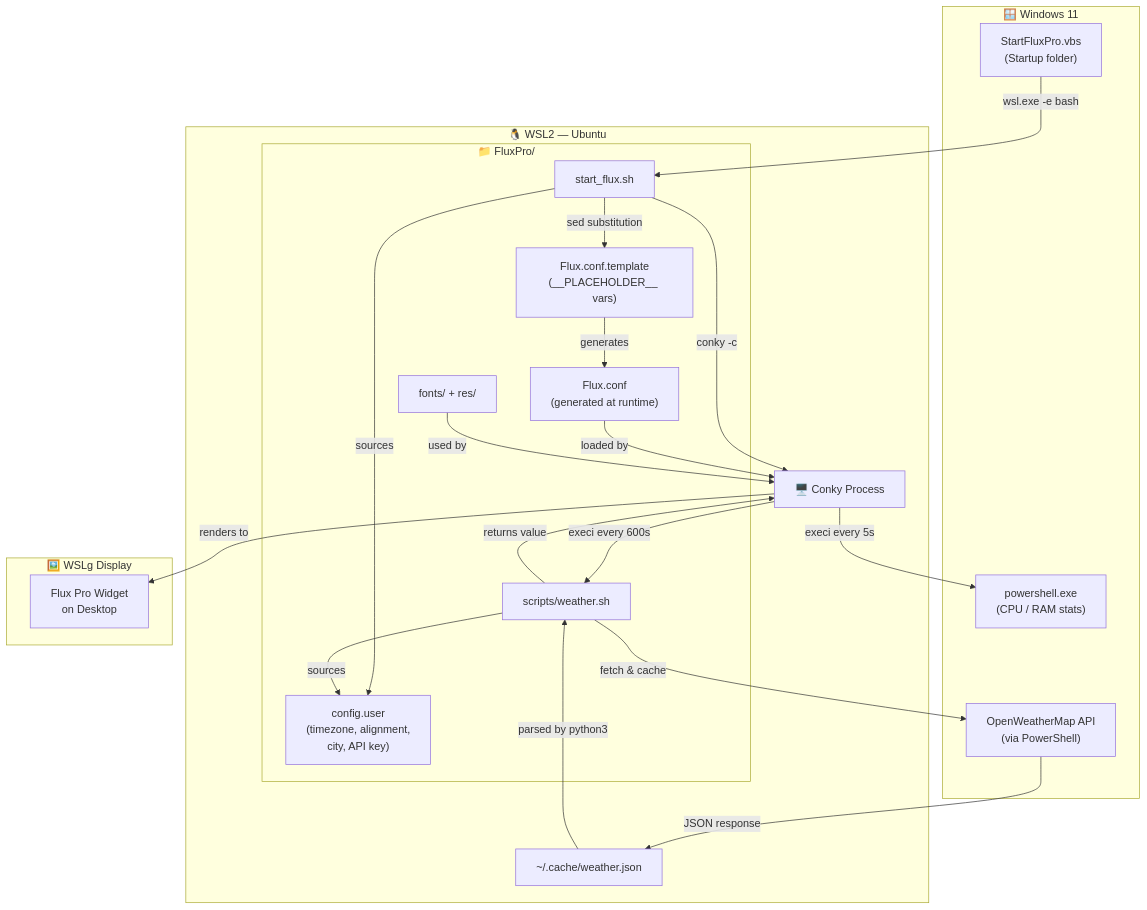
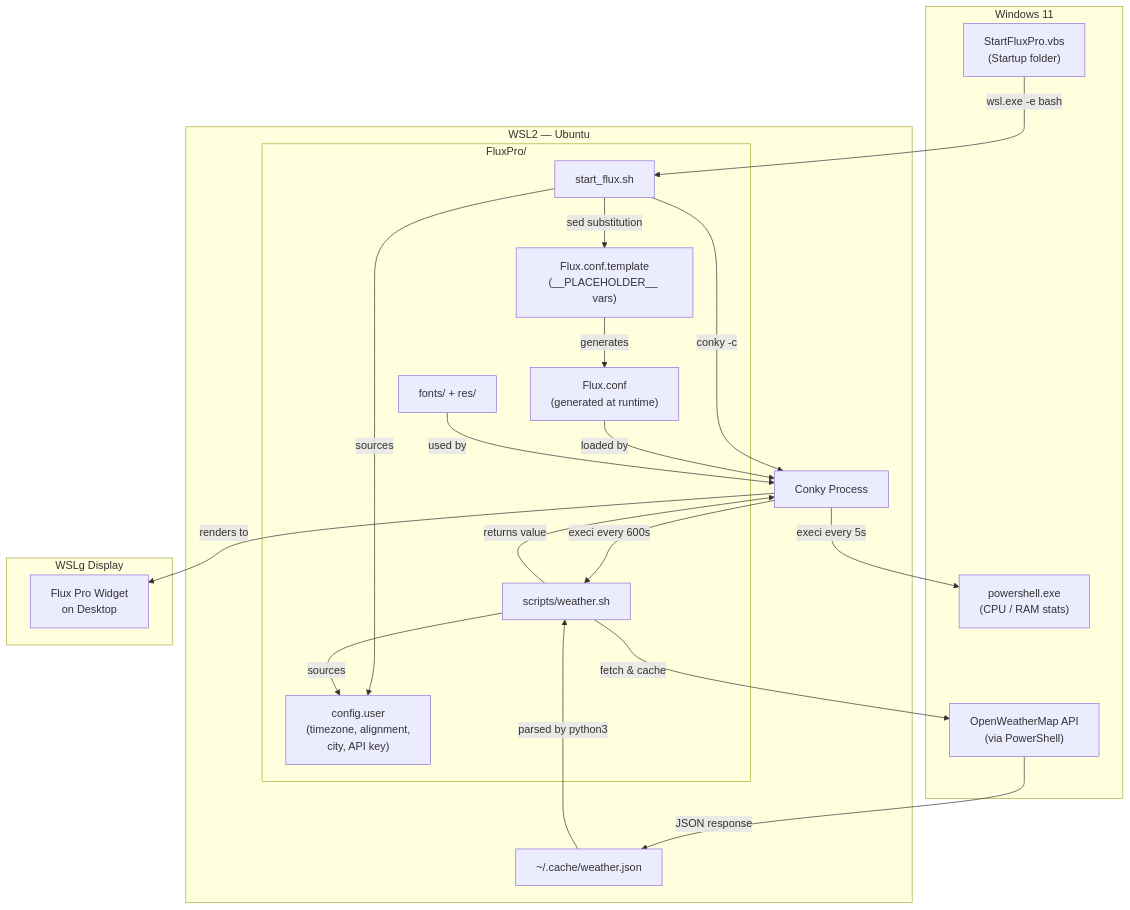
The first of 3 diagrams in README.md (rai-anish/fluxpro), drawn with Mermaid before and after one commit. The commit also changed other lines of this file, not shown here.

Commit message:
docs: fix mermaid diagram syntax formatting

````diff
--- a/README.md
+++ b/README.md
@@ -60,41 +60,41 @@
 ```mermaid
 graph TB
-    subgraph Windows ["🪟 Windows 11"]
-        VBS["StartFluxPro.vbs\n(Startup folder)"]
-        PS["powershell.exe\n(CPU / RAM stats)"]
-        OWM_W["OpenWeatherMap API\n(via PowerShell)"]
+    subgraph Windows ["Windows 11"]
+        VBS["StartFluxPro.vbs<br/>(Startup folder)"]
+        PS["powershell.exe<br/>(CPU / RAM stats)"]
+        OWM_W["OpenWeatherMap API<br/>(via PowerShell)"]
     end
 
-    subgraph WSL2 ["🐧 WSL2 — Ubuntu"]
-        subgraph FluxPro ["📁 FluxPro/"]
-            CONFIG["config.user\n(timezone, alignment,\ncity, API key)"]
-            TEMPLATE["Flux.conf.template\n(__PLACEHOLDER__ vars)"]
-            CONF["Flux.conf\n(generated at runtime)"]
+    subgraph WSL2 ["WSL2 — Ubuntu"]
+        subgraph FluxPro ["FluxPro/"]
+            CONFIG["config.user<br/>(timezone, alignment,<br/>city, API key)"]
+            TEMPLATE["Flux.conf.template<br/>(__PLACEHOLDER__ vars)"]
+            CONF["Flux.conf<br/>(generated at runtime)"]
             START["start_flux.sh"]
             WEATHER["scripts/weather.sh"]
             FONTS["fonts/ + res/"]
         end
-        CONKY["🖥️ Conky Process"]
+        CONKY["Conky Process"]
         CACHE["~/.cache/weather.json"]
     end
 
-    subgraph Display ["🖼️ WSLg Display"]
-        WIDGET["Flux Pro Widget\non Desktop"]
+    subgraph Display ["WSLg Display"]
+        WIDGET["Flux Pro Widget<br/>on Desktop"]
     end
 
     VBS -->|"wsl.exe -e bash"| START
     START -->|"sources"| CONFIG
     START -->|"sed substitution"| TEMPLATE
     TEMPLATE -->|"generates"| CONF
     START -->|"conky -c"| CONKY
     CONF -->|"loaded by"| CONKY
     CONKY -->|"execi every 5s"| PS
     CONKY -->|"execi every 600s"| WEATHER
     WEATHER -->|"sources"| CONFIG
     WEATHER -->|"fetch & cache"| OWM_W
     OWM_W -->|"JSON response"| CACHE
     CACHE -->|"parsed by python3"| WEATHER
     WEATHER -->|"returns value"| CONKY
     FONTS -->|"used by"| CONKY
     CONKY -->|"renders to"| WIDGET
 ```
````
